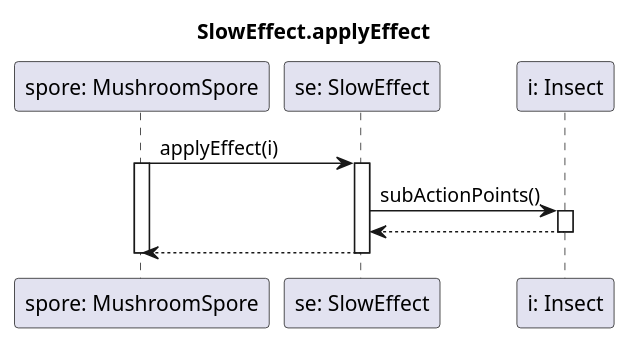
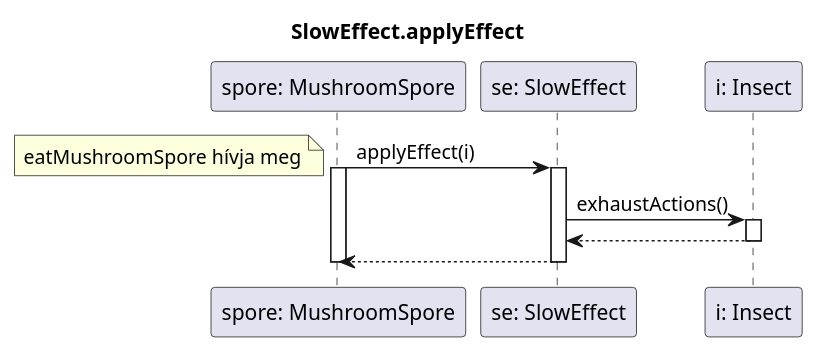
One commit to dzsem/projlab changed the diagram in diagrams/sequence/effects/sloweffect.plantuml. Above: the diagram before and after it, drawn with PlantUML. The commit also changed 3 other files, not shown here.

```diff
--- a/diagrams/sequence/effects/sloweffect.plantuml
+++ b/diagrams/sequence/effects/sloweffect.plantuml
@@ -1,25 +1,26 @@
 @startuml SlowEffect
 title SlowEffect.applyEffect
 
 participant "spore: MushroomSpore" as spore
 participant "se: SlowEffect" as effect
 participant "i: Insect" as insect
 
 
 spore -> effect : applyEffect(i)
+note left: eatMushroomSpore hívja meg
 activate spore
 activate effect
 
-effect->insect: subActionPoints()
+effect->insect: exhaustActions()
 activate insect
 
 effect<--insect
 deactivate insect
 
 spore <--effect
 deactivate effect
 deactivate spore
 
 
 
 @enduml
```
